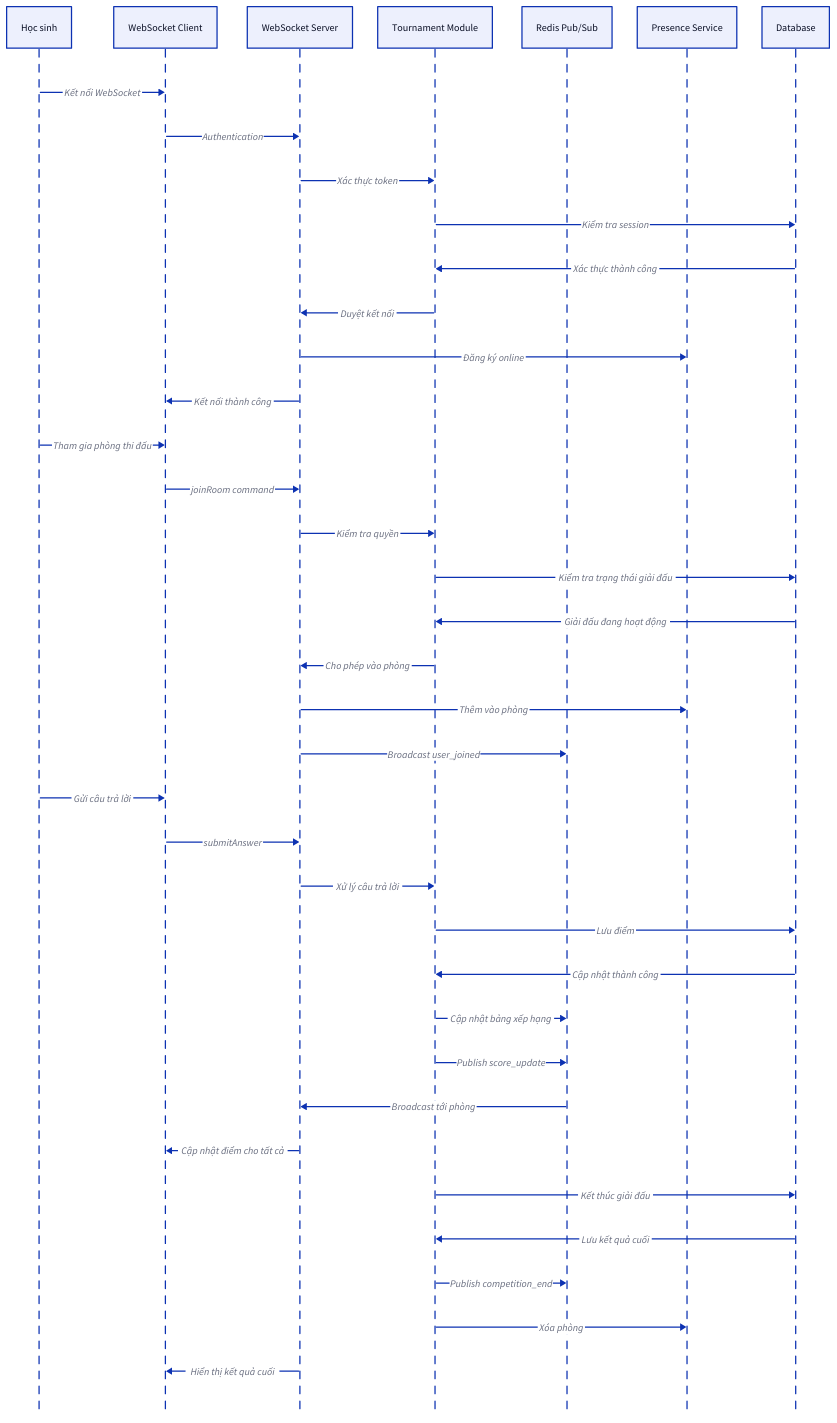
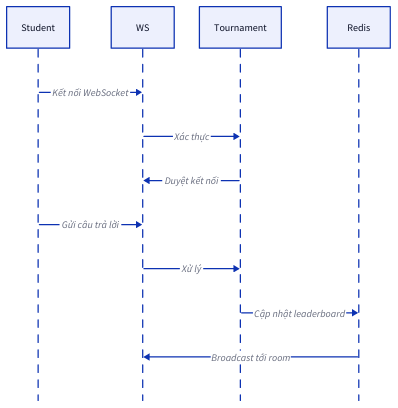
Before and after one commit to philongdanh/lms: the third of 3 diagrams in blueprint/architecture/system-design.md, drawn with D2. The commit also changed other lines of this file and 23 other files, not shown here.

````diff
--- a/blueprint/architecture/system-design.md
+++ b/blueprint/architecture/system-design.md
@@ -105,44 +101,12 @@
 ```d2
 shape: sequence_diagram
-
 direction: right
 
-HọcSinh: Học sinh
-WS: WebSocket Client
-WSServer: WebSocket Server
-Tournament: Tournament Module
-Redis: Redis Pub/Sub
-Presence: Presence Service
-DB: Database
-
-HọcSinh -> WS: Kết nối WebSocket
-WS -> WSServer: Authentication
-WSServer -> Tournament: Xác thực token
-Tournament -> DB: Kiểm tra session
-DB -> Tournament: Xác thực thành công
-Tournament -> WSServer: Duyệt kết nối
-WSServer -> Presence: Đăng ký online
-WSServer -> WS: Kết nối thành công
-HọcSinh -> WS: Tham gia phòng thi đấu
-WS -> WSServer: joinRoom command
-WSServer -> Tournament: Kiểm tra quyền
-Tournament -> DB: Kiểm tra trạng thái giải đấu
-DB -> Tournament: Giải đấu đang hoạt động
-Tournament -> WSServer: Cho phép vào phòng
-WSServer -> Presence: Thêm vào phòng
-WSServer -> Redis: Broadcast user_joined
-HọcSinh -> WS: Gửi câu trả lời
-WS -> WSServer: submitAnswer
-WSServer -> Tournament: Xử lý câu trả lời
-Tournament -> DB: Lưu điểm
-DB -> Tournament: Cập nhật thành công
-Tournament -> Redis: Cập nhật bảng xếp hạng
-Tournament -> Redis: Publish score_update
-Redis -> WSServer: Broadcast tới phòng
-WSServer -> WS: Cập nhật điểm cho tất cả
-Tournament -> DB: Kết thúc giải đấu
-DB -> Tournament: Lưu kết quả cuối
-Tournament -> Redis: Publish competition_end
-Tournament -> Presence: Xóa phòng
-WSServer -> WS: Hiển thị kết quả cuối
+Student -> WS: Kết nối WebSocket
+WS -> Tournament: Xác thực
+Tournament -> WS: Duyệt kết nối
+Student -> WS: Gửi câu trả lời
+WS -> Tournament: Xử lý
+Tournament -> Redis: Cập nhật leaderboard
+Redis -> WS: Broadcast tới room
 ```
````
